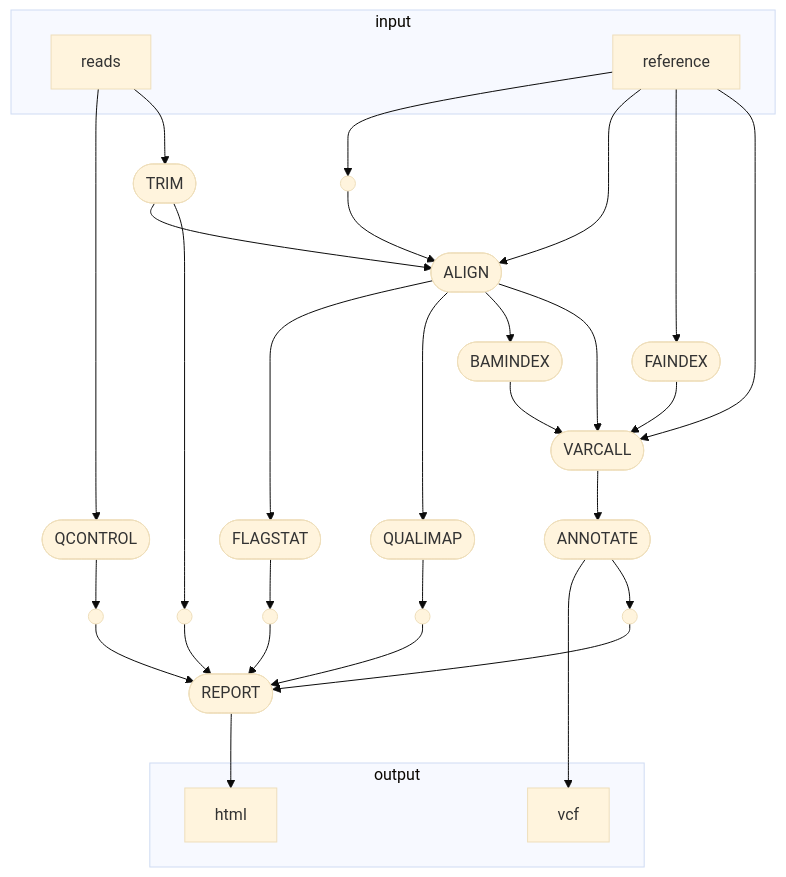
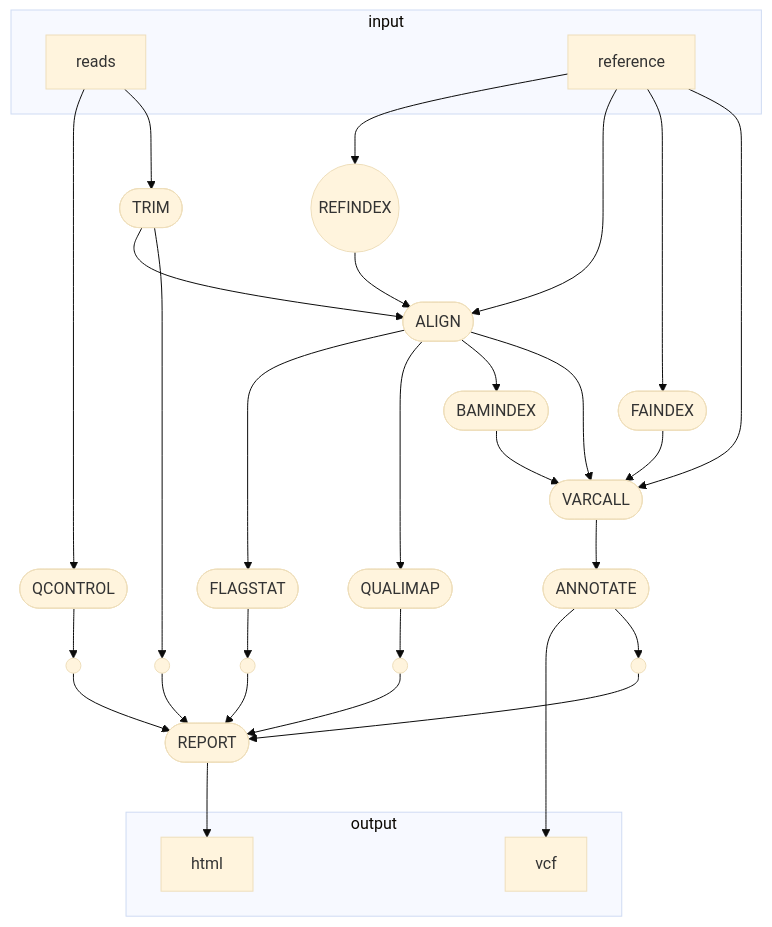
Before and after one commit to glebus-sasha/deepvariant_nf: the diagram in README.md, drawn with Mermaid.

````diff
--- a/README.md
+++ b/README.md
@@ -5,55 +5,55 @@
 ```mermaid
 %%{init: {'theme':'base'}}%%
 flowchart TB
     subgraph "input"
     v0["reads"]
     v1["reference"]
     end
     v3([QCONTROL])
     subgraph "output"
     v18["vcf"]
     v25["html"]
     end
     v5([TRIM])
     v8([ALIGN])
     v9([FLAGSTAT])
     v10([QUALIMAP])
     v12([FAINDEX])
     v13([BAMINDEX])
     v14([VARCALL])
     v17([ANNOTATE])
     v24([REPORT])
-    v2(( ))
+    v2((REFINDEX))
     v19(( ))
     v20(( ))
     v21(( ))
     v22(( ))
     v23(( ))
     v0 --> v3
     v0 --> v5
     v1 --> v2
     v3 --> v20
     v5 --> v8
     v5 --> v19
     v1 --> v8
     v2 --> v8
     v8 --> v9
     v8 --> v10
     v8 --> v13
     v8 --> v14
     v9 --> v21
     v10 --> v22
     v1 --> v12
     v12 --> v14
     v13 --> v14
     v1 --> v14
     v14 --> v17
     v17 --> v18
     v17 --> v23
     v19 --> v24
     v20 --> v24
     v21 --> v24
     v22 --> v24
     v23 --> v24
     v24 --> v25
 ```
````
